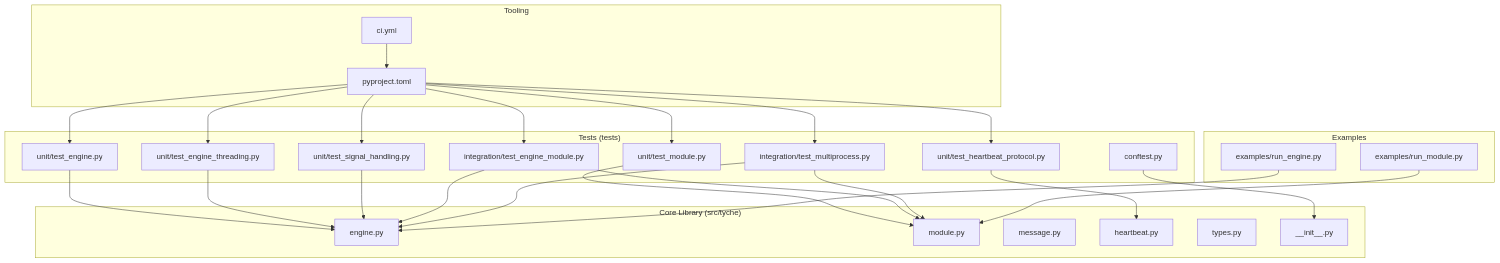
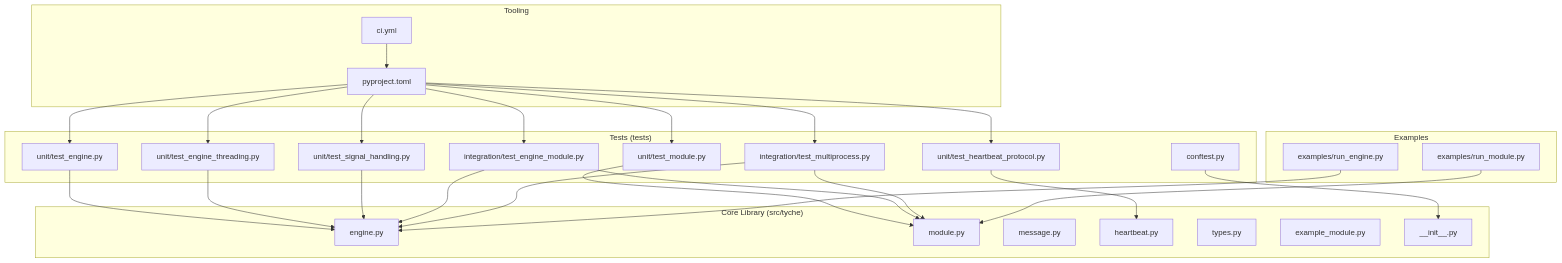
The first of 4 diagrams in .qoder/repowiki/en/content/Testing and Development.md (zt281/TycheEngine), drawn with Mermaid before and after one commit. The commit also changed other lines of this file and 3 other files, not shown here.

````diff
--- a/.qoder/repowiki/en/content/Testing and Development.md
+++ b/.qoder/repowiki/en/content/Testing and Development.md
@@ -64,49 +64,50 @@
 ```mermaid
 graph TB
 subgraph "Core Library (src/tyche)"
 A["engine.py"]
 B["module.py"]
 C["message.py"]
 D["heartbeat.py"]
 E["types.py"]
-F["__init__.py"]
+F["example_module.py"]
+G["__init__.py"]
 end
 subgraph "Tests (tests)"
 U1["unit/test_engine.py"]
 U2["unit/test_module.py"]
 U3["unit/test_engine_threading.py"]
 U4["unit/test_signal_handling.py"]
 U5["unit/test_heartbeat_protocol.py"]
 I1["integration/test_engine_module.py"]
 I2["integration/test_multiprocess.py"]
 CF["conftest.py"]
 end
 subgraph "Examples"
 X1["examples/run_engine.py"]
 X2["examples/run_module.py"]
 end
 subgraph "Tooling"
 P["pyproject.toml"]
 W["ci.yml"]
 end
 U1 --> A
 U2 --> B
 U3 --> A
 U4 --> A
 U5 --> D
 I1 --> A
 I1 --> B
 I2 --> A
 I2 --> B
-CF --> F
+CF --> G
 X1 --> A
 X2 --> B
 P --> U1
 P --> U2
 P --> U3
 P --> U4
 P --> U5
 P --> I1
 P --> I2
 W --> P
 ```
````
